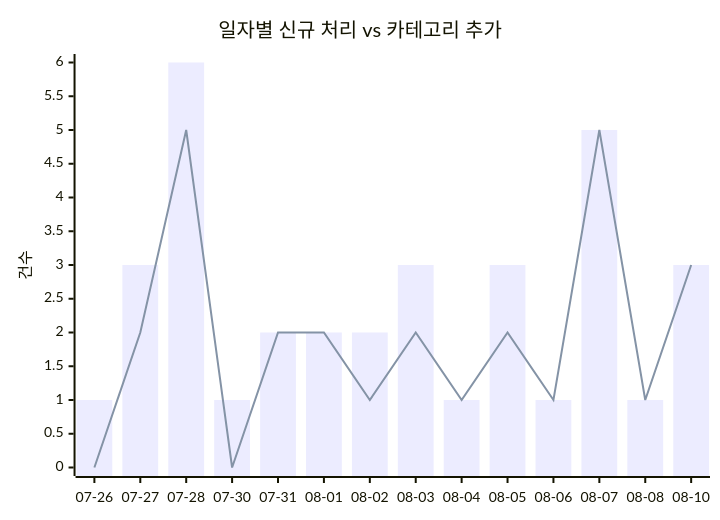
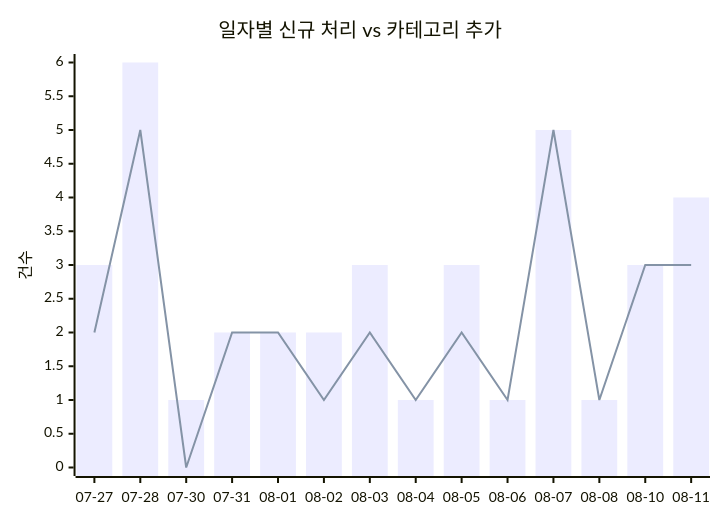
One commit to J-nowcow/awesome-korean-agent-skills changed the first of 2 diagrams in docs/trends.md. Above: the diagram before and after it, drawn with Mermaid. The commit also changed other lines of this file and 6 other files, not shown here.

````diff
--- a/docs/trends.md
+++ b/docs/trends.md
@@ -32,8 +32,8 @@
 ```mermaid
 xychart-beta
     title "일자별 신규 처리 vs 카테고리 추가"
-    x-axis ["07-26","07-27","07-28","07-30","07-31","08-01","08-02","08-03","08-04","08-05","08-06","08-07","08-08","08-10"]
+    x-axis ["07-27","07-28","07-30","07-31","08-01","08-02","08-03","08-04","08-05","08-06","08-07","08-08","08-10","08-11"]
     y-axis "건수"
-    bar [1,3,6,1,2,2,2,3,1,3,1,5,1,3]
-    line [0,2,5,0,2,2,1,2,1,2,1,5,1,3]
+    bar [3,6,1,2,2,2,3,1,3,1,5,1,3,4]
+    line [2,5,0,2,2,1,2,1,2,1,5,1,3,3]
 ```
````
